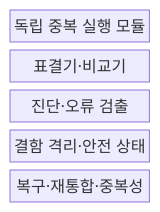
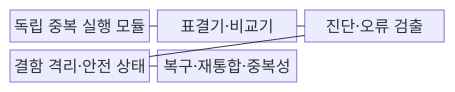
The first of 2 diagrams in src/content/docs/notes/06-evaluation/023_fault_tolerant_system.md (agnusdei1207/knowledge-base), drawn with Mermaid before and after one commit. The commit also changed other lines of this file and 53 other files, not shown here.

````diff
--- a/src/content/docs/notes/06-evaluation/023_fault_tolerant_system.md
+++ b/src/content/docs/notes/06-evaluation/023_fault_tolerant_system.md
@@ -61,9 +61,13 @@
 ```mermaid
 block-beta
-  columns 1
+  columns 3
   M["독립 중복 실행 모듈"]
   V["표결기·비교기"]
   D["진단·오류 검출"]
   I["결함 격리·안전 상태"]
   R["복구·재통합·중복성"]
+  M --- V
+  V --- D
+  D --- I
+  I --- R
 ```
````
